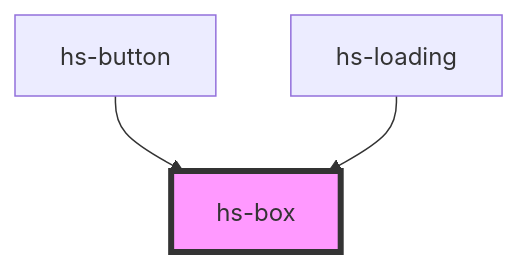
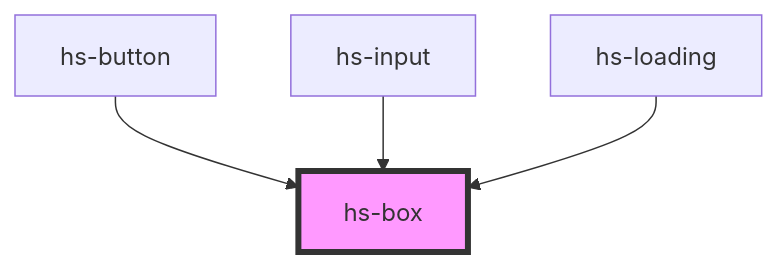
One commit to dimka3553/hs-design-system changed the diagram in src/components/hs-box/readme.md. Above: the diagram before and after it, drawn with Mermaid. The commit also changed other lines of this file and 6 other files, not shown here.

````diff
--- a/src/components/hs-box/readme.md
+++ b/src/components/hs-box/readme.md
@@ -26,6 +27,7 @@
 ```mermaid
 graph TD;
   hs-button --> hs-box
+  hs-input --> hs-box
   hs-loading --> hs-box
   style hs-box fill:#f9f,stroke:#333,stroke-width:4px
 ```
````
